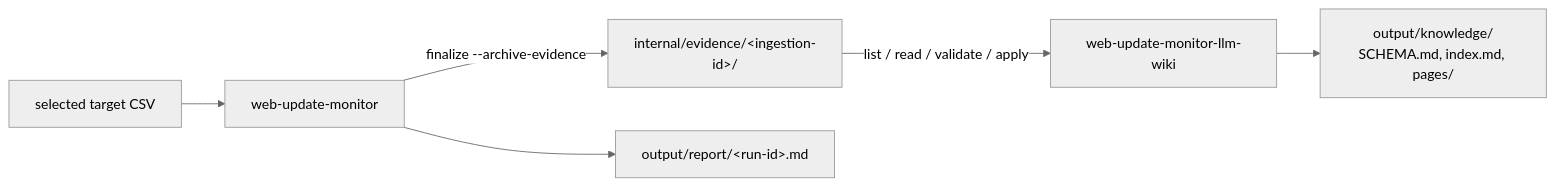
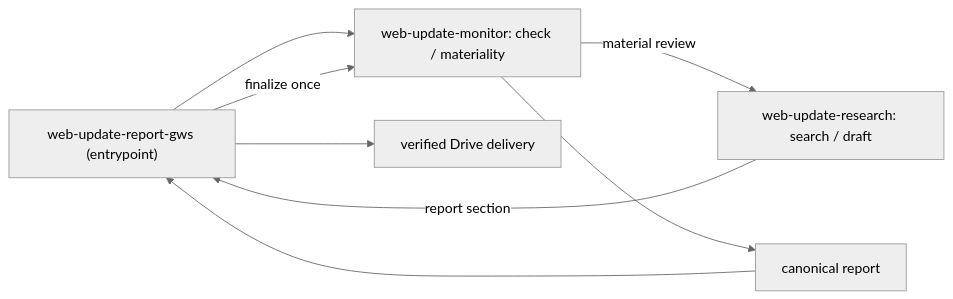
One commit to dceoy/wsum changed the second of 2 diagrams in README.md. Above: the diagram before and after it, drawn with Mermaid (neutral theme). The commit also changed other lines of this file and 14 other files, not shown here.

Commit message:
feat(skills): orchestrate monitoring and research in web-update-report-gws (#65)

````diff
--- a/README.md
+++ b/README.md
@@ -54,8 +58,10 @@
 ```mermaid
 flowchart LR
-    CSV["selected target CSV"] --> CORE["web-update-monitor"]
-    CORE -->|"finalize --archive-evidence"| EV["internal/evidence/&lt;ingestion-id&gt;/"]
-    CORE --> REPORT["output/report/&lt;run-id&gt;.md"]
-    EV -->|"list / read / validate / apply"| WIKI["web-update-monitor-llm-wiki"]
-    WIKI --> KB["output/knowledge/<br/>SCHEMA.md, index.md, pages/"]
+    GWS["web-update-report-gws (entrypoint)"] --> MON["web-update-monitor: check / materiality"]
+    MON -->|material review| RESEARCH["web-update-research: search / draft"]
+    RESEARCH -->|report section| GWS
+    GWS -->|finalize once| MON
+    MON --> FINAL["canonical report"]
+    FINAL --> GWS
+    GWS --> DRIVE["verified Drive delivery"]
 ```
````
